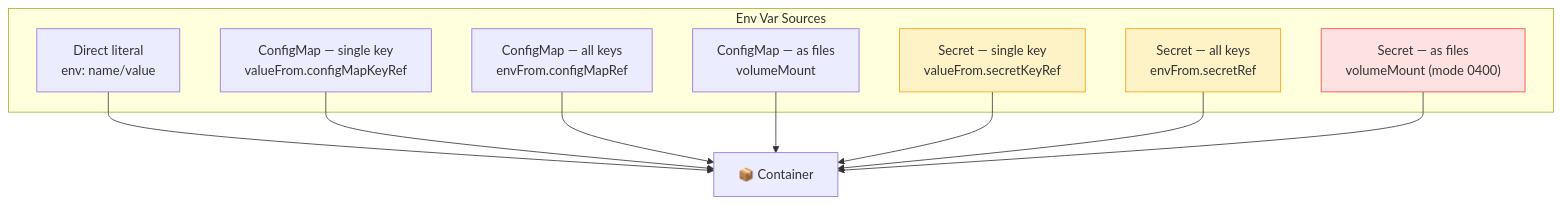
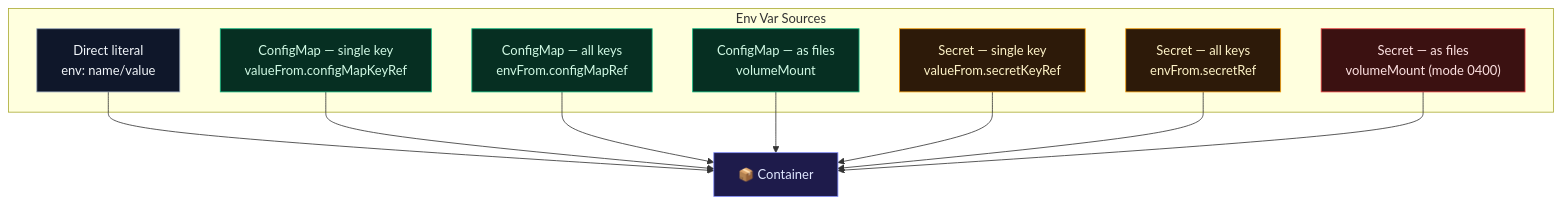
Before and after one commit to Gautam4424/k8slearn-content: the diagram in content/cka/application-lifecycle/configmaps-secrets/configmaps-secrets.md, drawn with Mermaid. The commit also changed 1 other file, not shown here.

Commit message:
style(cka/diagrams): fix color coding and text contrast in configmaps-secrets and self-healing-probes diagrams

````diff
--- a/content/cka/application-lifecycle/configmaps-secrets/configmaps-secrets.md
+++ b/content/cka/application-lifecycle/configmaps-secrets/configmaps-secrets.md
@@ -5,18 +5,23 @@
 ```mermaid
 flowchart TD
     subgraph SOURCES["Env Var Sources"]
         D["Direct literal\nenv: name/value"]
         CM1["ConfigMap — single key\nvalueFrom.configMapKeyRef"]
         CM2["ConfigMap — all keys\nenvFrom.configMapRef"]
         CM3["ConfigMap — as files\nvolumeMount"]
         S1["Secret — single key\nvalueFrom.secretKeyRef"]
         S2["Secret — all keys\nenvFrom.secretRef"]
         S3["Secret — as files\nvolumeMount (mode 0400)"]
     end
     POD["📦 Container"]
     D & CM1 & CM2 & CM3 & S1 & S2 & S3 --> POD
 
-    style S1 fill:#fef3c7,stroke:#f59e0b
-    style S2 fill:#fef3c7,stroke:#f59e0b
-    style S3 fill:#fee2e2,stroke:#ef4444
+    style D fill:#0f172a,stroke:#94a3b8,color:#f1f5f9
+    style CM1 fill:#062f22,stroke:#10b981,color:#d1fae5
+    style CM2 fill:#062f22,stroke:#10b981,color:#d1fae5
+    style CM3 fill:#062f22,stroke:#10b981,color:#d1fae5
+    style S1 fill:#2d1a09,stroke:#f59e0b,color:#fef3c7
+    style S2 fill:#2d1a09,stroke:#f59e0b,color:#fef3c7
+    style S3 fill:#3b1111,stroke:#ef4444,color:#fee2e2
+    style POD fill:#1e1b4b,stroke:#818cf8,color:#e0e7ff
 ```
````
